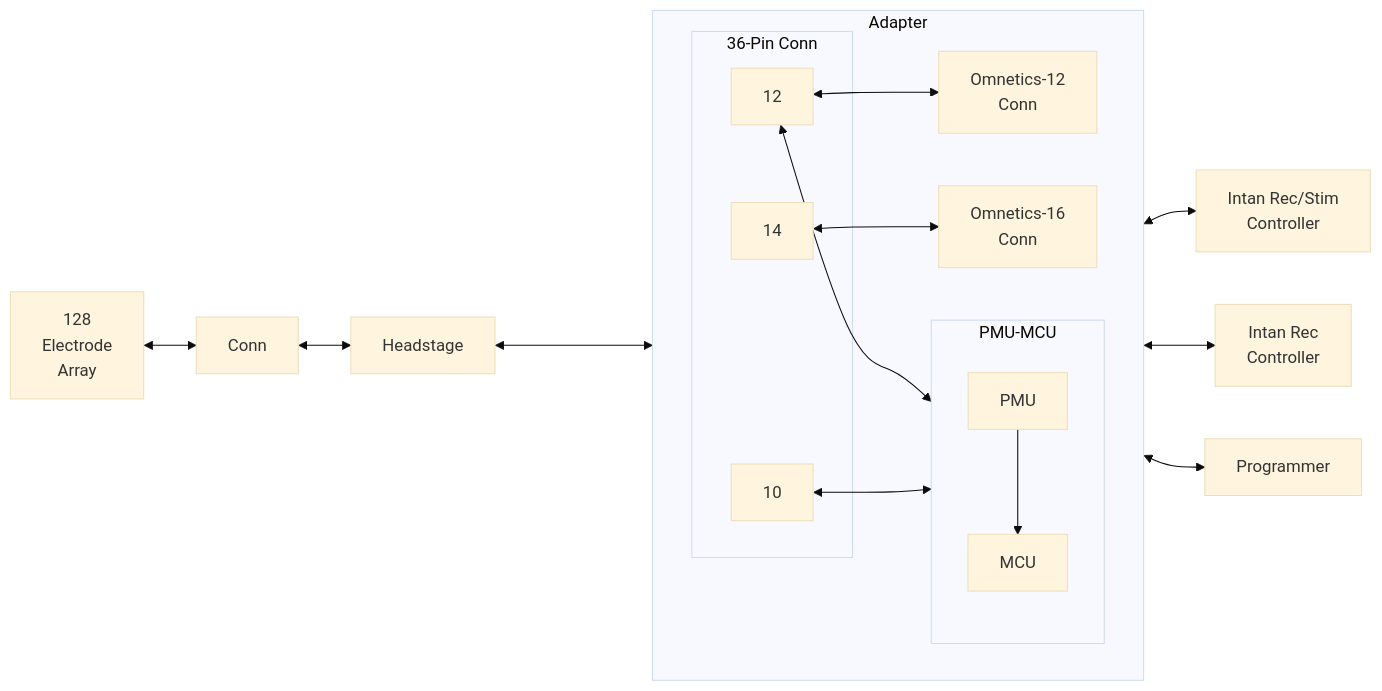
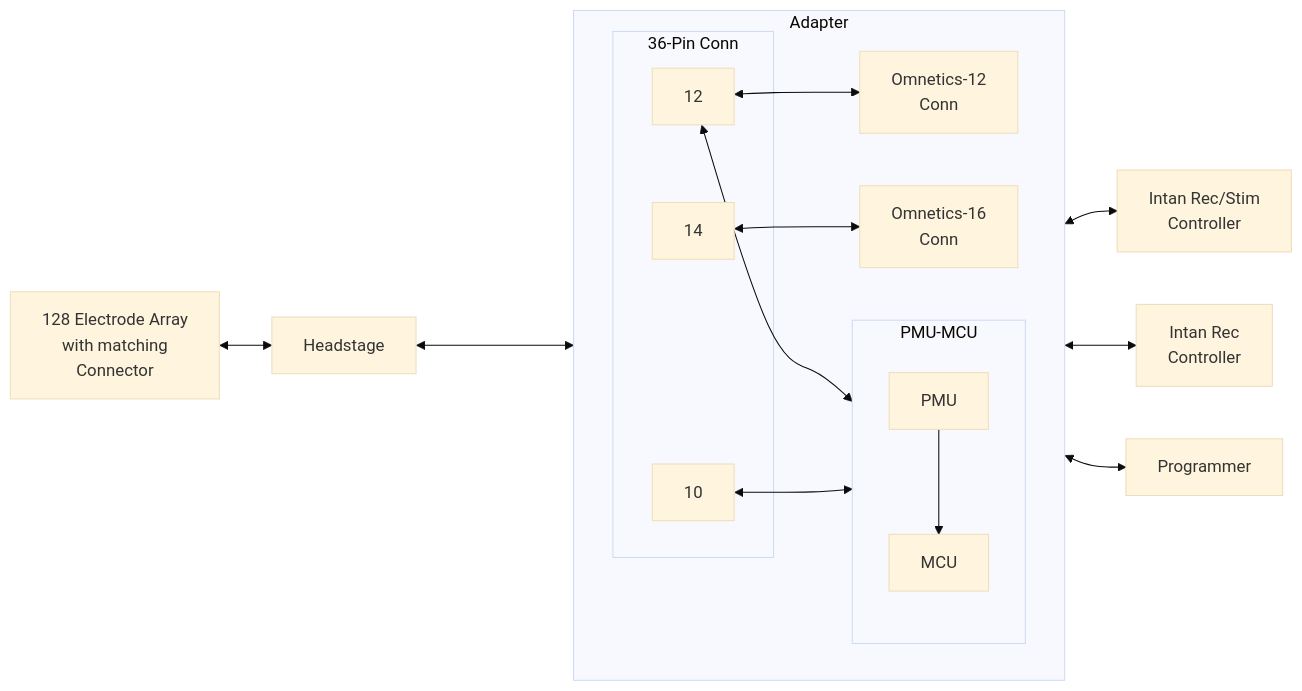
Before and after one commit to openic-org/home: the first of 2 diagrams in docs/iris-128/iris-128s/adapter_iris128s.md, drawn with Mermaid (base theme). The commit also changed other lines of this file and 14 other files, not shown here.

````diff
--- a/docs/iris-128/iris-128s/adapter_iris128s.md
+++ b/docs/iris-128/iris-128s/adapter_iris128s.md
@@ -8,47 +6,46 @@
 ``` mermaid
 graph LR
     %% PCB Definition
     PCB1[Headstage]
 
     subgraph PCB2[Adapter]
         direction LR
 
         subgraph b5["PMU-MCU"]
             direction TB
             c1[PMU]
             c2[MCU]
             c1 --> c2
         end
 
         conn1["Omnetics-16
                Conn"]
         conn0["Omnetics-12
                Conn"]
         subgraph b4["36-Pin Conn"]
             e6[12]
             e7[14]
             e8[10]
         end
 
         e6 <--> conn0
         e6 <--> b5    
         e7 <--> conn1
         e8 <--> b5
     
     end
     
-    b0["128
-        Electrode
-        Array"]
-    b1[Conn]
+    b0["128 Electrode Array
+        with matching
+        Connector"]
 
     %% Top-level connections
-    b0 <--> b1 <--> PCB1
+    b0 <--> PCB1
     PCB1 <----> b4
     conn1 <--> i1["Intan Rec/Stim
                  Controller"]
     conn0 <--> i0["Intan Rec
                  Controller"]
     b5 <--> Programmer
     
 ```
````
